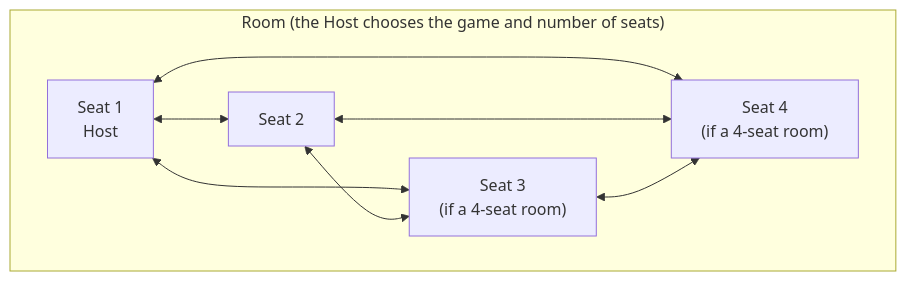
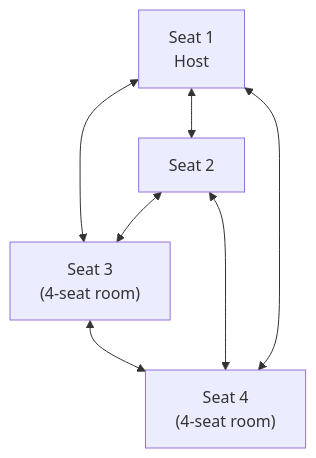
One commit to vunguyenvu35/vuretro changed the eighth of 9 diagrams in docs/NETPLAY.md. Above: the diagram before and after it, drawn with Mermaid. The commit also changed other lines of this file, not shown here.

Commit message:
Docs: redraw NETPLAY diagrams (no overlapping subgraphs, shorter labels)

````diff
--- a/docs/NETPLAY.md
+++ b/docs/NETPLAY.md
@@ -524,16 +472,9 @@
 ```mermaid
 flowchart TB
-  subgraph ROOM["Room (the Host chooses the game and number of seats)"]
-    direction LR
-    S1["Seat 1<br/>Host"]
-    S2["Seat 2"]
-    S3["Seat 3<br/>(if a 4-seat room)"]
-    S4["Seat 4<br/>(if a 4-seat room)"]
-  end
-  S1 <--> S2
+  S1["Seat 1<br/>Host"] <--> S2["Seat 2"]
+  S3["Seat 3<br/>(4-seat room)"] <--> S4["Seat 4<br/>(4-seat room)"]
   S1 <--> S3
+  S2 <--> S4
   S1 <--> S4
   S2 <--> S3
-  S2 <--> S4
-  S3 <--> S4
 ```
````
